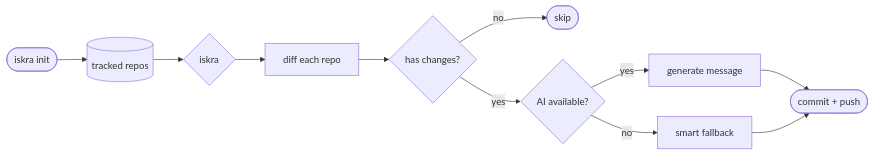
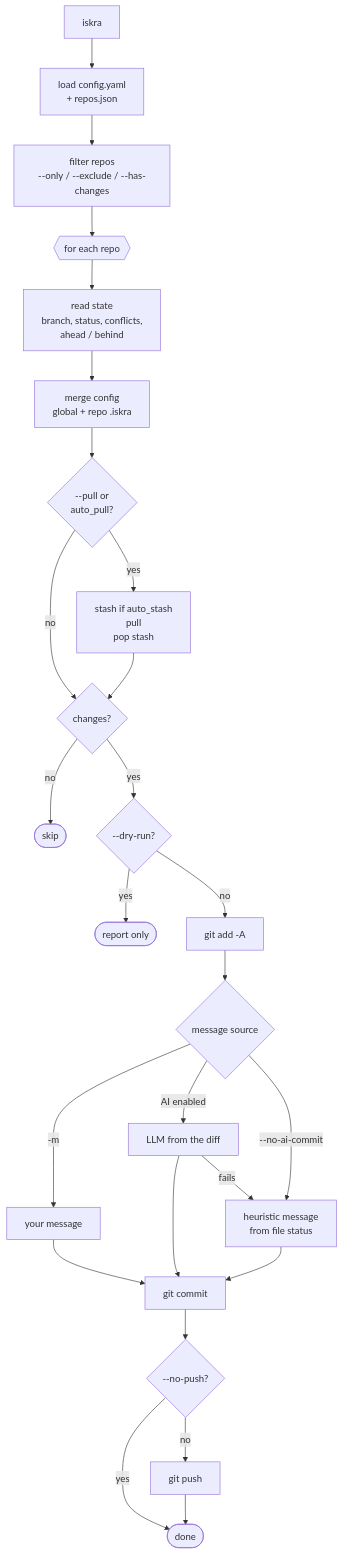
The first of 2 diagrams in README.md (NoamFav/Iskra), drawn with Mermaid before and after one commit. The commit also changed other lines of this file and 50 other files, not shown here.

````diff
--- a/README.md
+++ b/README.md
@@ -29,13 +55,26 @@
 ```mermaid
-flowchart LR
-    A([iskra init]) --> B[(tracked repos)]
-    B --> C{iskra}
-    C --> D[diff each repo]
-    D --> E{has changes?}
-    E -- no --> F([skip])
-    E -- yes --> G{AI available?}
-    G -- yes --> H[generate message]
-    G -- no --> I[smart fallback]
-    H --> J([commit + push])
-    I --> J
+flowchart TD
+    A["iskra"] --> B["load config.yaml<br/>+ repos.json"]
+    B --> C["filter repos<br/>--only / --exclude / --has-changes"]
+    C --> D{{"for each repo"}}
+    D --> E["read state<br/>branch, status, conflicts,<br/>ahead / behind"]
+    E --> F["merge config<br/>global + repo .iskra"]
+    F --> G{"--pull or<br/>auto_pull?"}
+    G -- yes --> H["stash if auto_stash<br/>pull<br/>pop stash"]
+    G -- no --> I
+    H --> I{"changes?"}
+    I -- no --> S(["skip"])
+    I -- yes --> J{"--dry-run?"}
+    J -- yes --> R(["report only"])
+    J -- no --> K["git add -A"]
+    K --> L{"message source"}
+    L -- "-m" --> M["your message"]
+    L -- AI enabled --> N["LLM from the diff"]
+    N -- fails --> O["heuristic message<br/>from file status"]
+    L -- "--no-ai-commit" --> O
+    M & N & O --> P["git commit"]
+    P --> Q{"--no-push?"}
+    Q -- no --> T["git push"]
+    Q -- yes --> U(["done"])
+    T --> U
 ```
````
